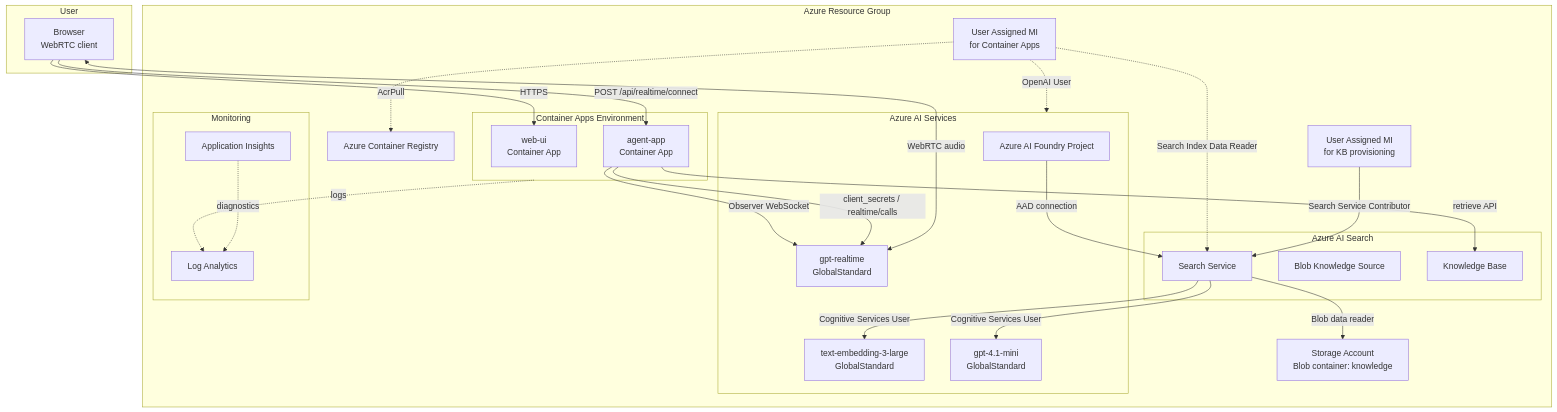
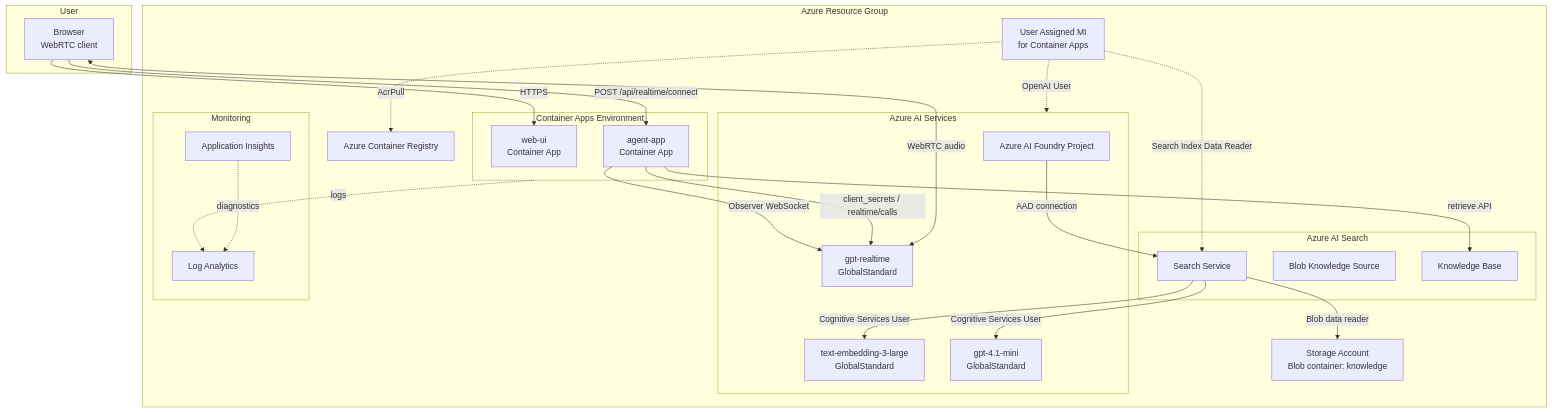
Before and after one commit to tenjoufire/gptrealtimeapps: the diagram in README.md, drawn with Mermaid. The commit also changed other lines of this file and 8 other files, not shown here.

````diff
--- a/README.md
+++ b/README.md
@@ -14,58 +14,56 @@
 ```mermaid
 graph TB
     subgraph User["User"]
         Browser["Browser\nWebRTC client"]
     end
 
     subgraph Azure["Azure Resource Group"]
         subgraph CAE["Container Apps Environment"]
             WebUI["web-ui\nContainer App"]
             AgentApp["agent-app\nContainer App"]
         end
 
         ACR["Azure Container Registry"]
         Storage["Storage Account\nBlob container: knowledge"]
 
         subgraph AIS["Azure AI Services"]
             FoundryProject["Azure AI Foundry Project"]
             RealtimeModel["gpt-realtime\nGlobalStandard"]
             EmbeddingModel["text-embedding-3-large\nGlobalStandard"]
             ChatModel["gpt-4.1-mini\nGlobalStandard"]
         end
 
         subgraph SearchSvc["Azure AI Search"]
             Search["Search Service"]
             KnowledgeSource["Blob Knowledge Source"]
             KnowledgeBase["Knowledge Base"]
         end
 
         ManagedID["User Assigned MI\nfor Container Apps"]
-        ProvisionerID["User Assigned MI\nfor KB provisioning"]
 
         subgraph Monitor["Monitoring"]
             LogAnalytics["Log Analytics"]
             AppInsights["Application Insights"]
         end
     end
 
     Browser -- "HTTPS" --> WebUI
     Browser -- "POST /api/realtime/connect" --> AgentApp
     Browser <-- "WebRTC audio" --> RealtimeModel
 
     AgentApp -- "client_secrets / realtime/calls" --> RealtimeModel
     AgentApp -- "Observer WebSocket" --> RealtimeModel
     AgentApp -- "retrieve API" --> KnowledgeBase
 
     Search -- "Blob data reader" --> Storage
     Search -- "Cognitive Services User" --> ChatModel
     Search -- "Cognitive Services User" --> EmbeddingModel
     FoundryProject -- "AAD connection" --> Search
 
-    ProvisionerID -- "Search Service Contributor" --> Search
     ManagedID -. "AcrPull" .-> ACR
     ManagedID -. "OpenAI User" .-> AIS
     ManagedID -. "Search Index Data Reader" .-> Search
 
     CAE -. "logs" .-> LogAnalytics
     AppInsights -. "diagnostics" .-> LogAnalytics
 ```
````
